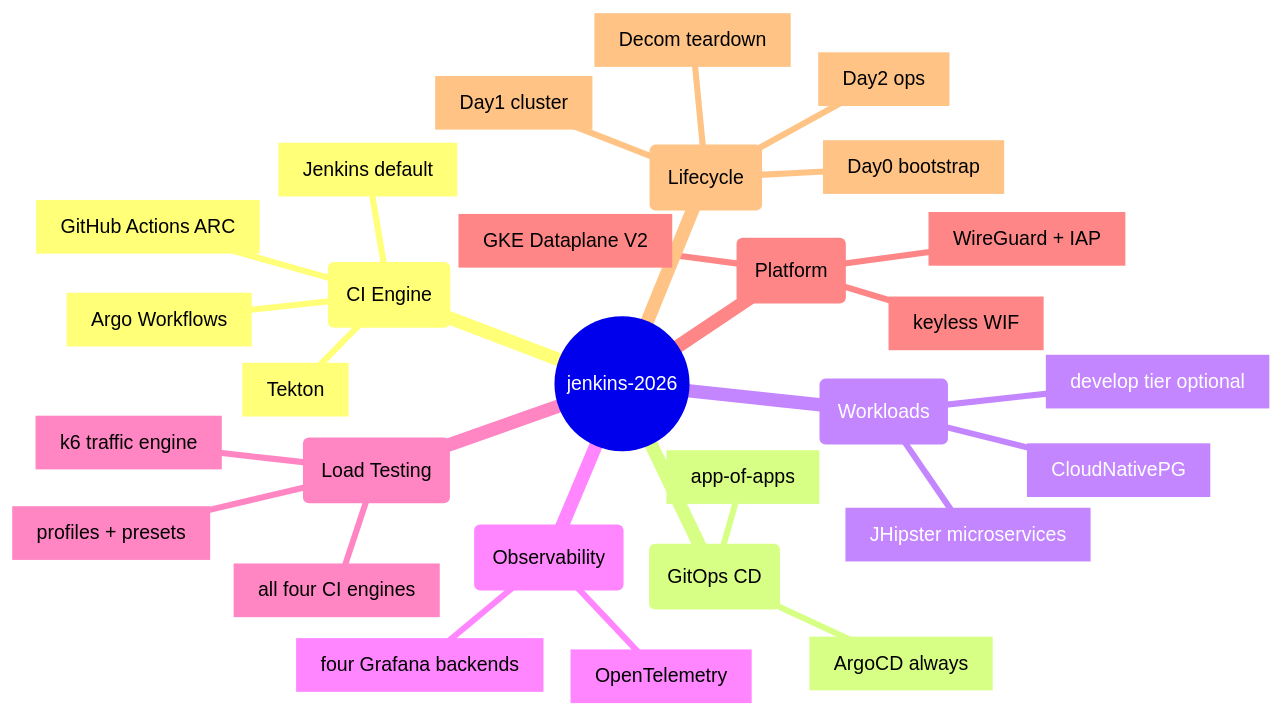
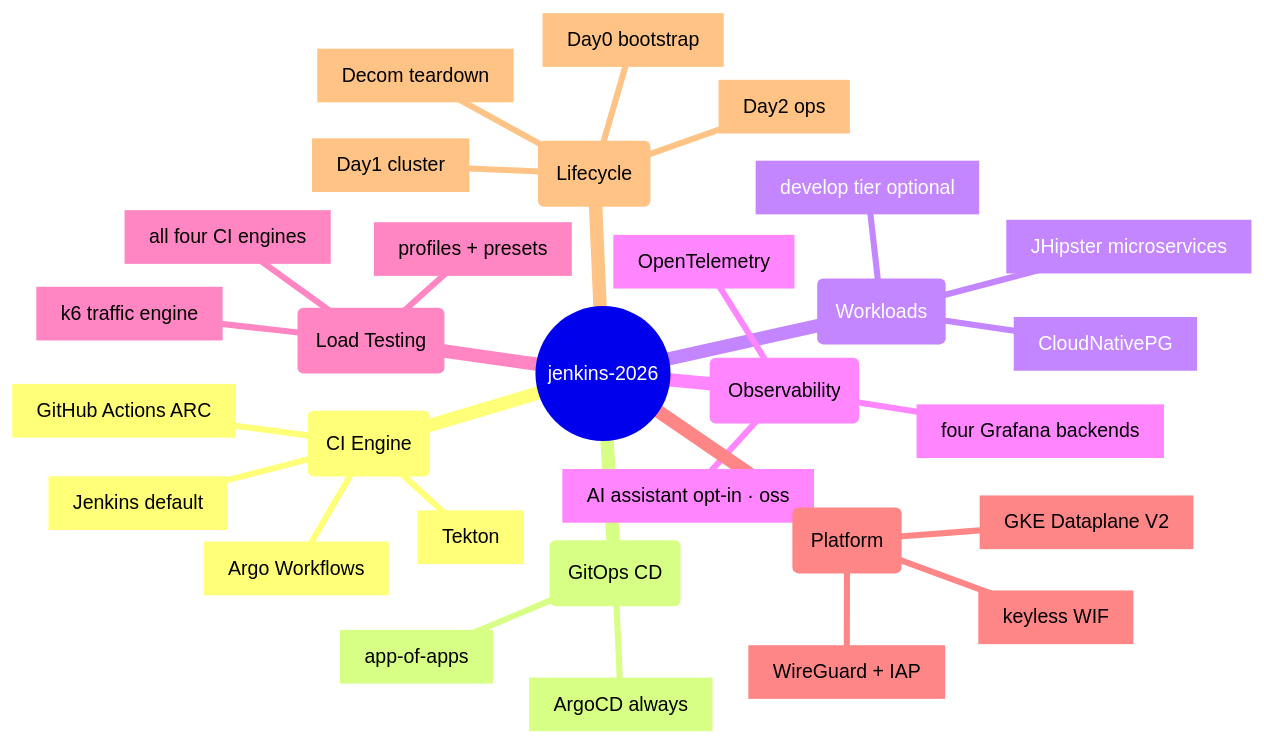
One commit to nubenetes/jenkins-2026 changed the first of 4 diagrams in README.md. Above: the diagram before and after it, drawn with Mermaid. The commit also changed other lines of this file and 19 other files, not shown here.

````diff
--- a/README.md
+++ b/README.md
@@ -79,32 +79,33 @@
 ```mermaid
 mindmap
   root((jenkins-2026))
     (CI Engine)
       [Jenkins default]
       [Tekton]
       [GitHub Actions ARC]
       [Argo Workflows]
     (GitOps CD)
       [ArgoCD always]
       [app-of-apps]
     (Workloads)
       [JHipster microservices]
       [CloudNativePG]
       [develop tier optional]
     (Observability)
       [OpenTelemetry]
       [four Grafana backends]
+      [AI assistant opt-in · oss]
     (Load Testing)
       [k6 traffic engine]
       [profiles + presets]
       [all four CI engines]
     (Platform)
       [GKE Dataplane V2]
       [WireGuard + IAP]
       [keyless WIF]
     (Lifecycle)
       [Day0 bootstrap]
       [Day1 cluster]
       [Day2 ops]
       [Decom teardown]
 ```
````
